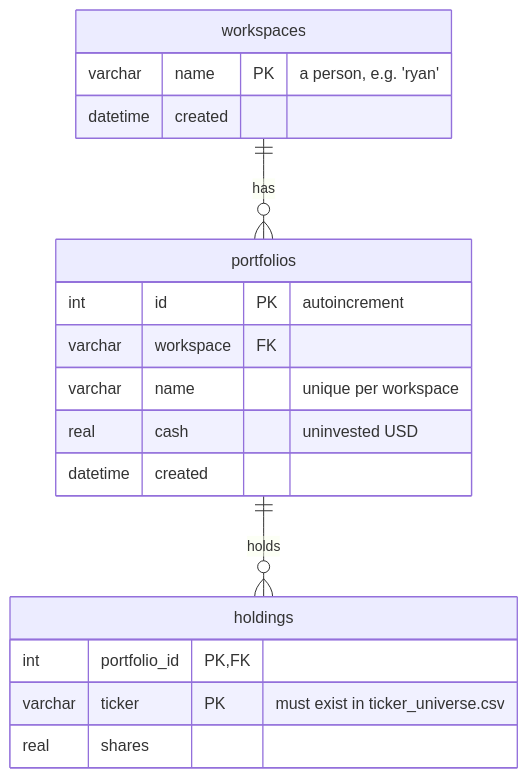
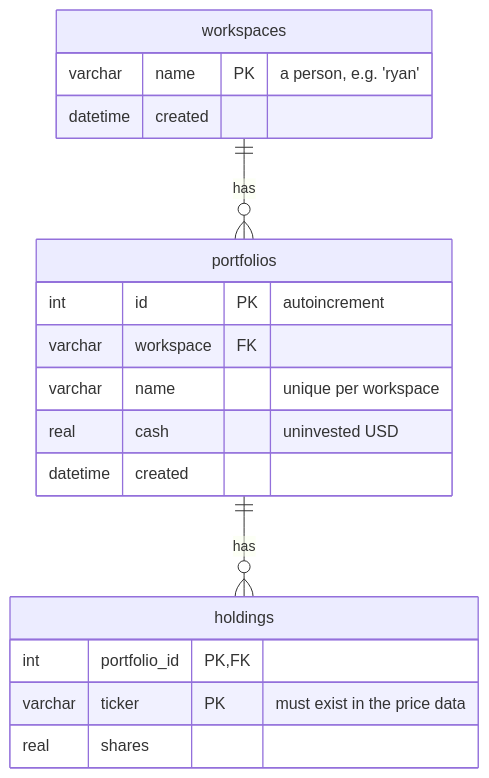
The ninth of 9 diagrams in ARCHITECTURE.md (rramboer/WolvWealth), drawn with Mermaid before and after one commit. The commit also changed other lines of this file and 68 other files, not shown here.

````diff
--- a/ARCHITECTURE.md
+++ b/ARCHITECTURE.md
@@ -417,21 +351,21 @@
 ```mermaid
 erDiagram
     workspaces {
         varchar name PK "a person, e.g. 'ryan'"
         datetime created
     }
     portfolios {
         int id PK "autoincrement"
         varchar workspace FK
         varchar name "unique per workspace"
         real cash "uninvested USD"
         datetime created
     }
     holdings {
         int portfolio_id PK, FK
-        varchar ticker PK "must exist in ticker_universe.csv"
+        varchar ticker PK "must exist in the price data"
         real shares
     }
-    workspaces ||--o{ portfolios : "has"
-    portfolios ||--o{ holdings : "holds"
+    workspaces ||--o{ portfolios : has
+    portfolios ||--o{ holdings : has
 ```
````
